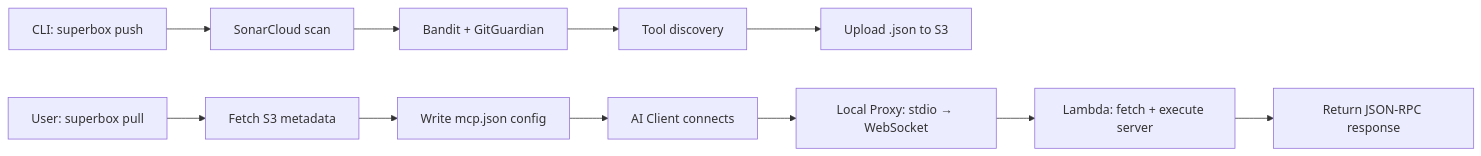
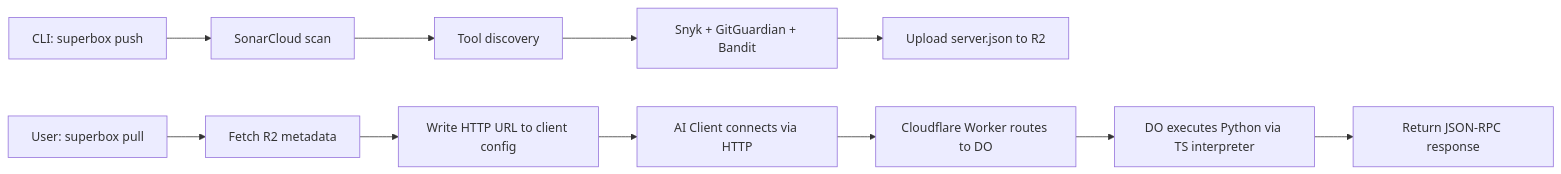
The diagram in docs/backend/overview.mdx (areebahmeddd/SuperBox-FE), drawn with Mermaid before and after one commit. The commit also changed other lines of this file and 43 other files, not shown here.

````diff
--- a/docs/backend/overview.mdx
+++ b/docs/backend/overview.mdx
@@ -101,14 +99,14 @@
 ```mermaid
 graph LR
-    A["CLI: superbox push"] --> B["SonarCloud scan"]
-    B --> C["Bandit + GitGuardian"]
-    C --> D["Tool discovery"]
-    D --> E["Upload <server>.json to S3"]
+ A["CLI: superbox push"] --> B["SonarCloud scan"]
+ B --> C["Tool discovery"]
+ C --> D["Snyk + GitGuardian + Bandit"]
+ D --> E["Upload server.json to R2"]
 
-    F["User: superbox pull"] --> G["Fetch S3 metadata"]
-    G --> H["Write mcp.json config"]
-    H --> I["AI Client connects"]
-    I --> J["Local Proxy: stdio → WebSocket"]
-    J --> K["Lambda: fetch + execute server"]
-    K --> L["Return JSON-RPC response"]
+ F["User: superbox pull"] --> G["Fetch R2 metadata"]
+ G --> H["Write HTTP URL to client config"]
+ H --> I["AI Client connects via HTTP"]
+ I --> J["Cloudflare Worker routes to DO"]
+ J --> K["DO executes Python via TS interpreter"]
+ K --> L["Return JSON-RPC response"]
 ```
````
